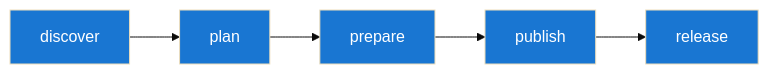
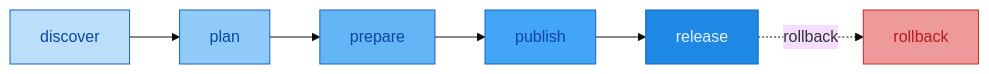
The first of 2 diagrams in tools/releasekit/docs/docs/index.md (genkit-ai/genkit-python), drawn with Mermaid (base theme) before and after one commit. The commit also changed other lines of this file and 208 other files, not shown here.

````diff
--- a/tools/releasekit/docs/docs/index.md
+++ b/tools/releasekit/docs/docs/index.md
@@ -20,12 +37,14 @@
 ```mermaid
 graph LR
     A[discover] --> B[plan]
     B --> C[prepare]
     C --> D[publish]
     D --> E[release]
-    style A fill:#1976d2,color:#fff
-    style B fill:#1976d2,color:#fff
-    style C fill:#1976d2,color:#fff
-    style D fill:#1976d2,color:#fff
-    style E fill:#1976d2,color:#fff
+    E -.->|rollback| F[rollback]
+    style A fill:#bbdefb,stroke:#1565c0,color:#0d47a1
+    style B fill:#90caf9,stroke:#1565c0,color:#0d47a1
+    style C fill:#64b5f6,stroke:#1565c0,color:#0d47a1
+    style D fill:#42a5f5,stroke:#1565c0,color:#0d47a1
+    style E fill:#1e88e5,stroke:#1565c0,color:#e3f2fd
+    style F fill:#ef9a9a,stroke:#c62828,color:#b71c1c
 ```
````
